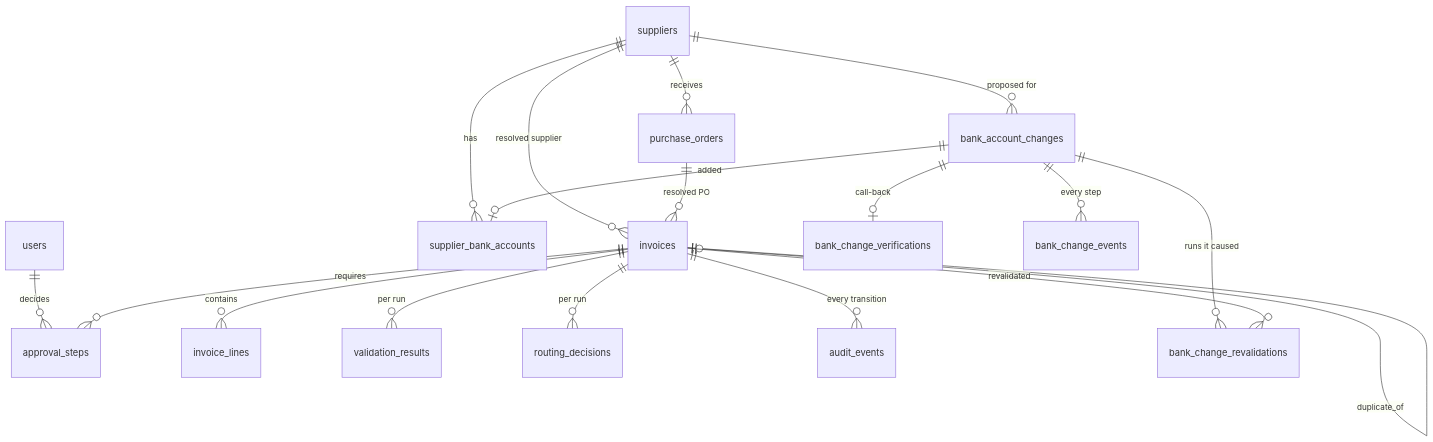
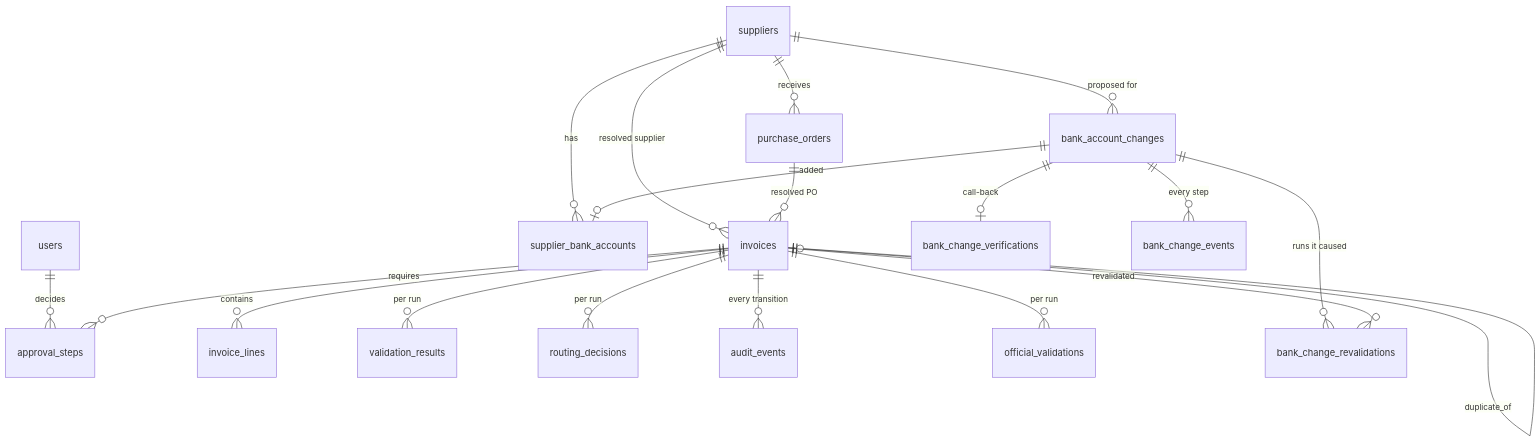
One commit to shotatsertsvadze/finance-ops-automation-de changed the second of 4 diagrams in docs/ARCHITECTURE.md. Above: the diagram before and after it, drawn with Mermaid. The commit also changed other lines of this file and 7 other files, not shown here.

First line of the commit message:
docs: ADR-078 and official validation across architecture, tests, demo and plan

````diff
--- a/docs/ARCHITECTURE.md
+++ b/docs/ARCHITECTURE.md
@@ -98,20 +105,21 @@
 ```mermaid
 erDiagram
     users ||--o{ approval_steps : decides
     suppliers ||--o{ supplier_bank_accounts : has
     suppliers ||--o{ purchase_orders : receives
     suppliers ||--o{ invoices : "resolved supplier"
     purchase_orders ||--o{ invoices : "resolved PO"
     invoices ||--o{ invoice_lines : contains
     invoices ||--o{ validation_results : "per run"
     invoices ||--o{ routing_decisions : "per run"
     invoices ||--o{ approval_steps : requires
     invoices ||--o{ audit_events : "every transition"
+    invoices ||--o{ official_validations : "per run"
     invoices ||--o| invoices : duplicate_of
     suppliers ||--o{ bank_account_changes : "proposed for"
     bank_account_changes ||--o| bank_change_verifications : "call-back"
     bank_account_changes ||--o{ bank_change_events : "every step"
     bank_account_changes ||--o{ bank_change_revalidations : "runs it caused"
     invoices ||--o{ bank_change_revalidations : "revalidated"
     bank_account_changes ||--o| supplier_bank_accounts : "added"
 ```
````
